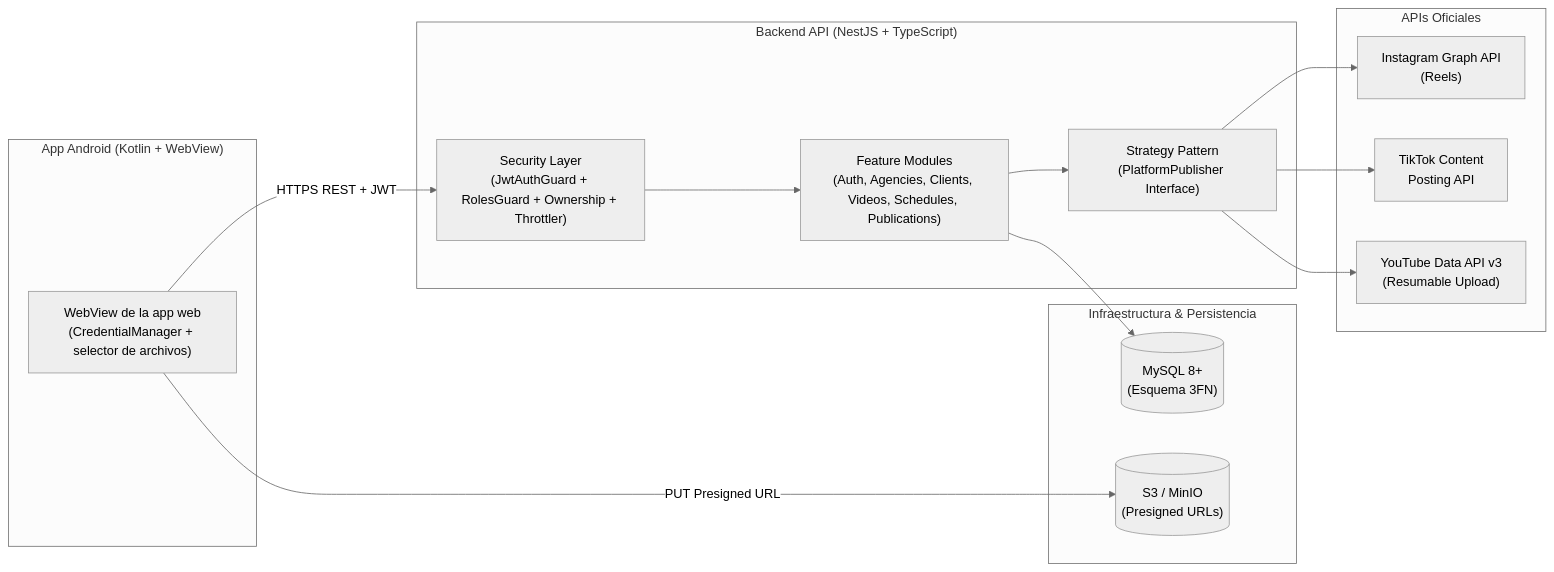
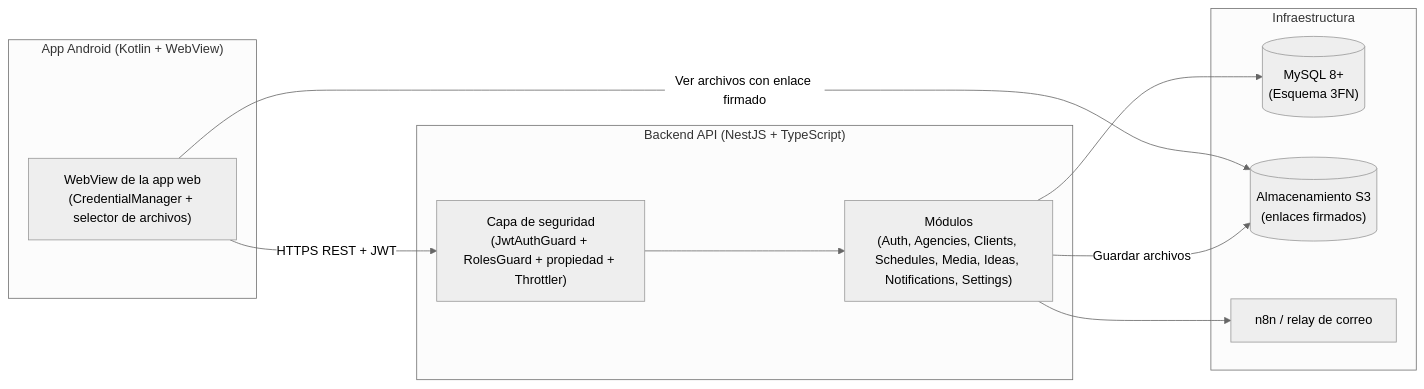
One commit to Segura-Luca/contentsync-server changed the diagram in docs/architecture.md. Above: the diagram before and after it, drawn with Mermaid (neutral theme). The commit also changed other lines of this file and 71 other files, not shown here.

````diff
--- a/docs/architecture.md
+++ b/docs/architecture.md
@@ -7,31 +7,24 @@
 ```mermaid
 flowchart LR
     subgraph Android["App Android (Kotlin + WebView)"]
         WV["WebView de la app web\n(CredentialManager + selector de archivos)"]
     end
 
     subgraph Backend["Backend API (NestJS + TypeScript)"]
-        GUARD["Security Layer\n(JwtAuthGuard + RolesGuard + Ownership + Throttler)"]
-        MOD["Feature Modules\n(Auth, Agencies, Clients, Videos, Schedules, Publications)"]
-        STRAT["Strategy Pattern\n(PlatformPublisher Interface)"]
-        GUARD --> MOD --> STRAT
+        GUARD["Capa de seguridad\n(JwtAuthGuard + RolesGuard + propiedad + Throttler)"]
+        MOD["Módulos\n(Auth, Agencies, Clients, Schedules, Media, Ideas, Notifications, Settings)"]
+        GUARD --> MOD
     end
 
-    subgraph Infra["Infraestructura & Persistencia"]
-        PG[("MySQL 8+\n(Esquema 3FN)")]
-        S3[("S3 / MinIO\n(Presigned URLs)")]
-    end
-
-    subgraph External["APIs Oficiales"]
-        IG["Instagram Graph API\n(Reels)"]
-        TT["TikTok Content\nPosting API"]
-        YT["YouTube Data API v3\n(Resumable Upload)"]
+    subgraph Infra["Infraestructura"]
+        DB[("MySQL 8+\n(Esquema 3FN)")]
+        S3[("Almacenamiento S3\n(enlaces firmados)")]
+        MAIL["n8n / relay de correo"]
     end
 
     WV -->|HTTPS REST + JWT| GUARD
-    WV -->|PUT Presigned URL| S3
-    MOD --> PG
-    STRAT --> IG
-    STRAT --> TT
-    STRAT --> YT
+    WV -->|Ver archivos con enlace firmado| S3
+    MOD --> DB
+    MOD -->|Guardar archivos| S3
+    MOD --> MAIL
 ```
````
